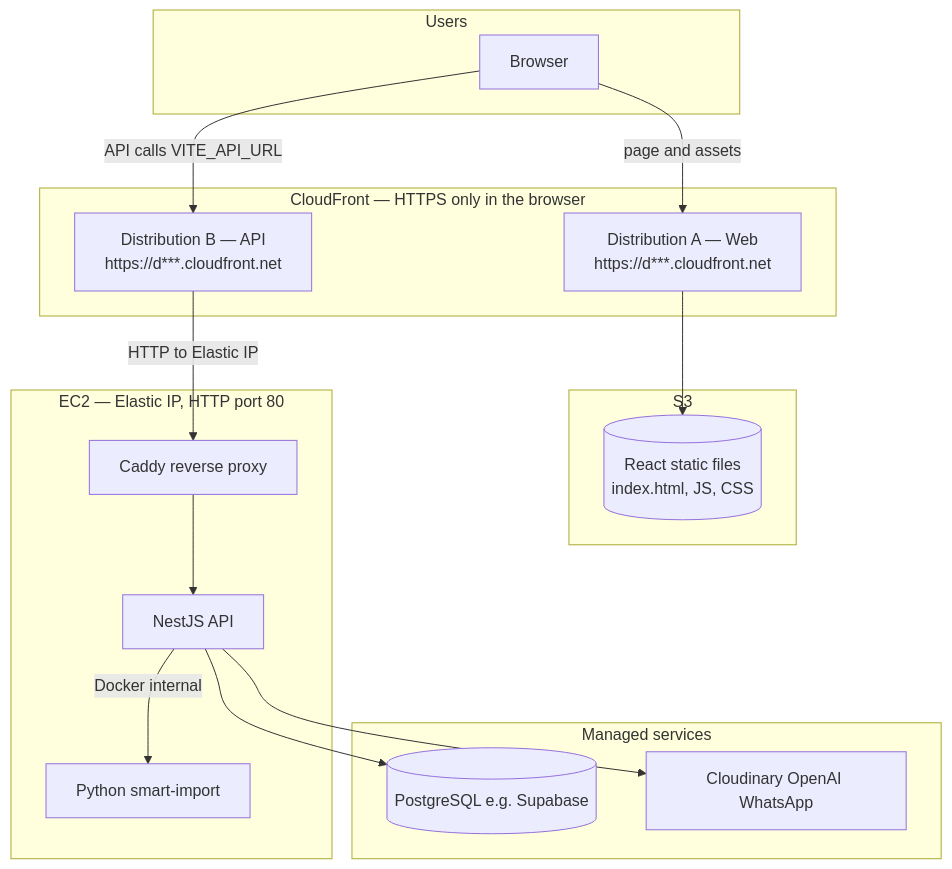
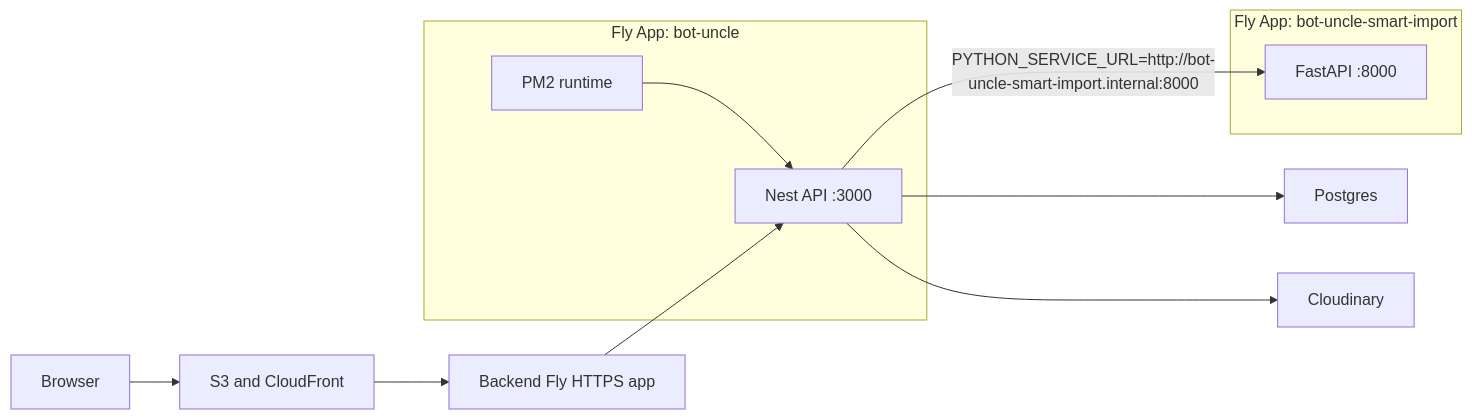
Before and after one commit to syedamaan7733/bot_uncle: the diagram in deploy/AWS-DEPLOYMENT.md, drawn with Mermaid. The commit also changed other lines of this file and 20 other files, not shown here.

````diff
--- a/deploy/AWS-DEPLOYMENT.md
+++ b/deploy/AWS-DEPLOYMENT.md
@@ -17,32 +11,17 @@
 ```mermaid
-flowchart TB
-  subgraph Internet["Users"]
-    U[Browser]
+flowchart LR
+  browser["Browser"] --> frontend["S3 and CloudFront"]
+  frontend --> backendPublic["Backend Fly HTTPS app"]
+  subgraph backendApp [Fly App: bot-uncle]
+    pm2["PM2 runtime"]
+    nest["Nest API :3000"]
+    pm2 --> nest
   end
-
-  subgraph CF["CloudFront — HTTPS only in the browser"]
-    CFWeb["Distribution A — Web\nhttps://d***.cloudfront.net"]
-    CFApi["Distribution B — API\nhttps://d***.cloudfront.net"]
+  subgraph smartImportApp [Fly App: bot-uncle-smart-import]
+    fastapi["FastAPI :8000"]
   end
-
-  subgraph S3blk["S3"]
-    Bucket[(React static files\nindex.html, JS, CSS)]
-  end
-
-  subgraph EC2blk["EC2 — Elastic IP, HTTP port 80"]
-    Caddy["Caddy reverse proxy"]
-    Nest["NestJS API"]
-    Py["Python smart-import"]
-  end
-
-  subgraph Data["Managed services"]
-    PG[(PostgreSQL e.g. Supabase)]
-    CL[Cloudinary OpenAI WhatsApp]
-  end
-
-  U -->|page and assets| CFWeb --> Bucket
-  U -->|API calls VITE_API_URL| CFApi -->|HTTP to Elastic IP| Caddy --> Nest
-  Nest -->|Docker internal| Py
-  Nest --> PG
-  Nest --> CL
+  backendPublic --> nest
+  nest -->|"PYTHON_SERVICE_URL=http://bot-uncle-smart-import.internal:8000"| fastapi
+  nest --> postgres["Postgres"]
+  nest --> cloudinary["Cloudinary"]
 ```
````
